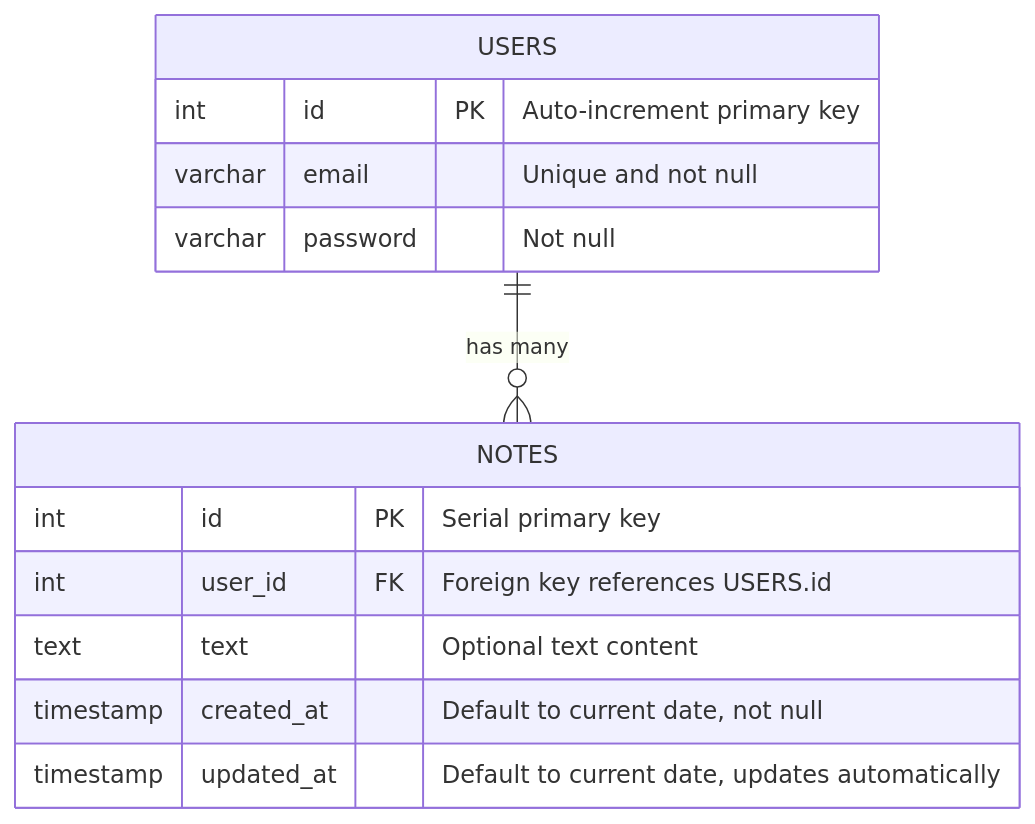
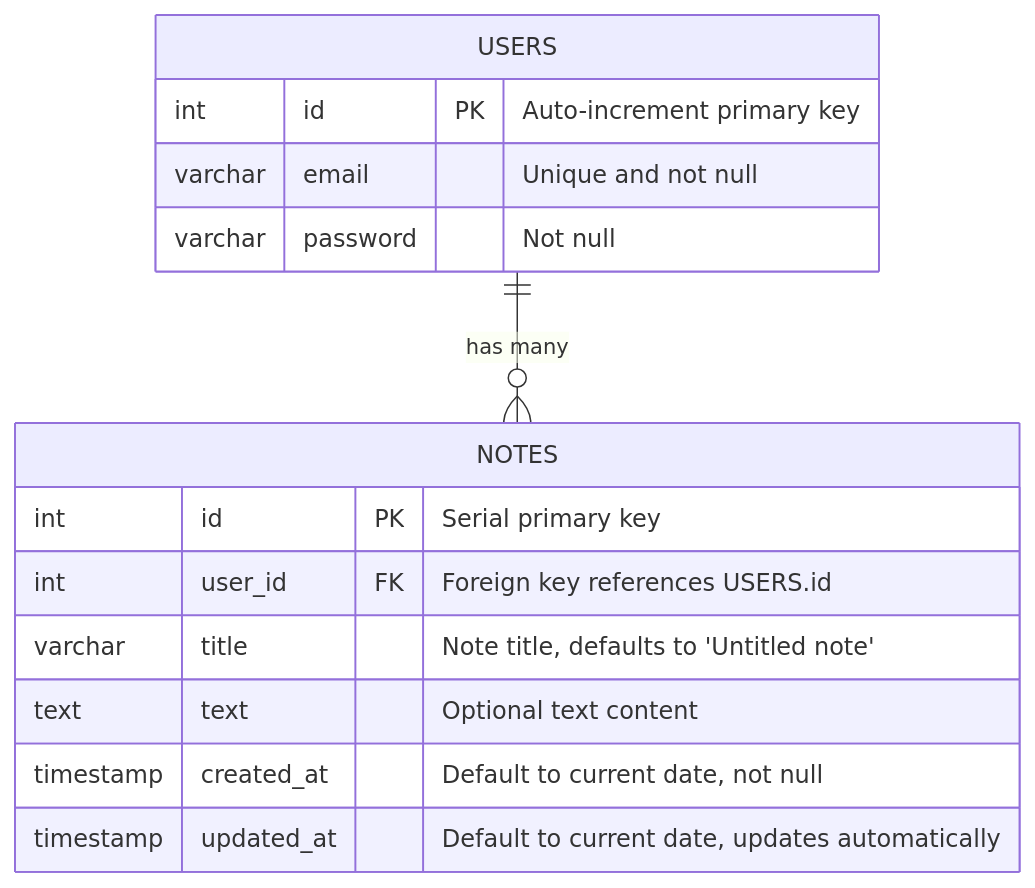
The diagram in README.md (riceball-tw/my-note), drawn with Mermaid before and after one commit. The commit also changed other lines of this file and 2 other files, not shown here.

````diff
--- a/README.md
+++ b/README.md
@@ -53,17 +70,18 @@
 ```mermaid
 erDiagram
     USERS {
         int id PK "Auto-increment primary key"
         varchar email "Unique and not null"
         varchar password "Not null"
     }
     NOTES {
         int id PK "Serial primary key"
         int user_id FK "Foreign key references USERS.id"
+        varchar title "Note title, defaults to 'Untitled note'"
         text text "Optional text content"
         timestamp created_at "Default to current date, not null"
         timestamp updated_at "Default to current date, updates automatically"
     }
 
     USERS ||--o{ NOTES : "has many"
 ```
````
